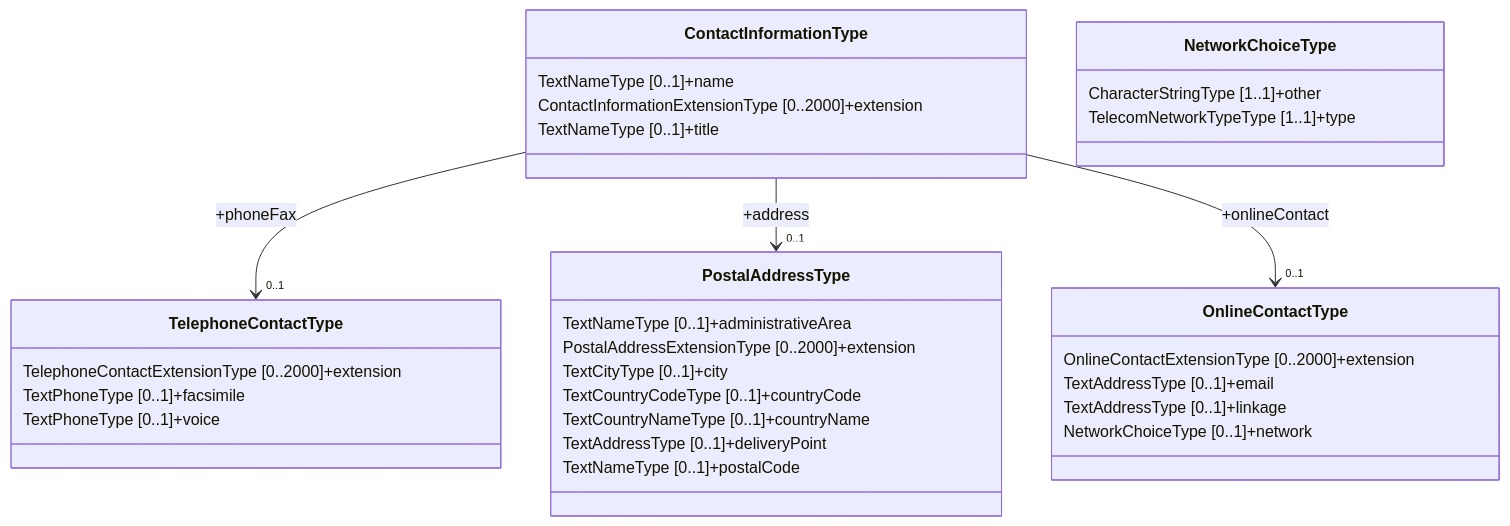
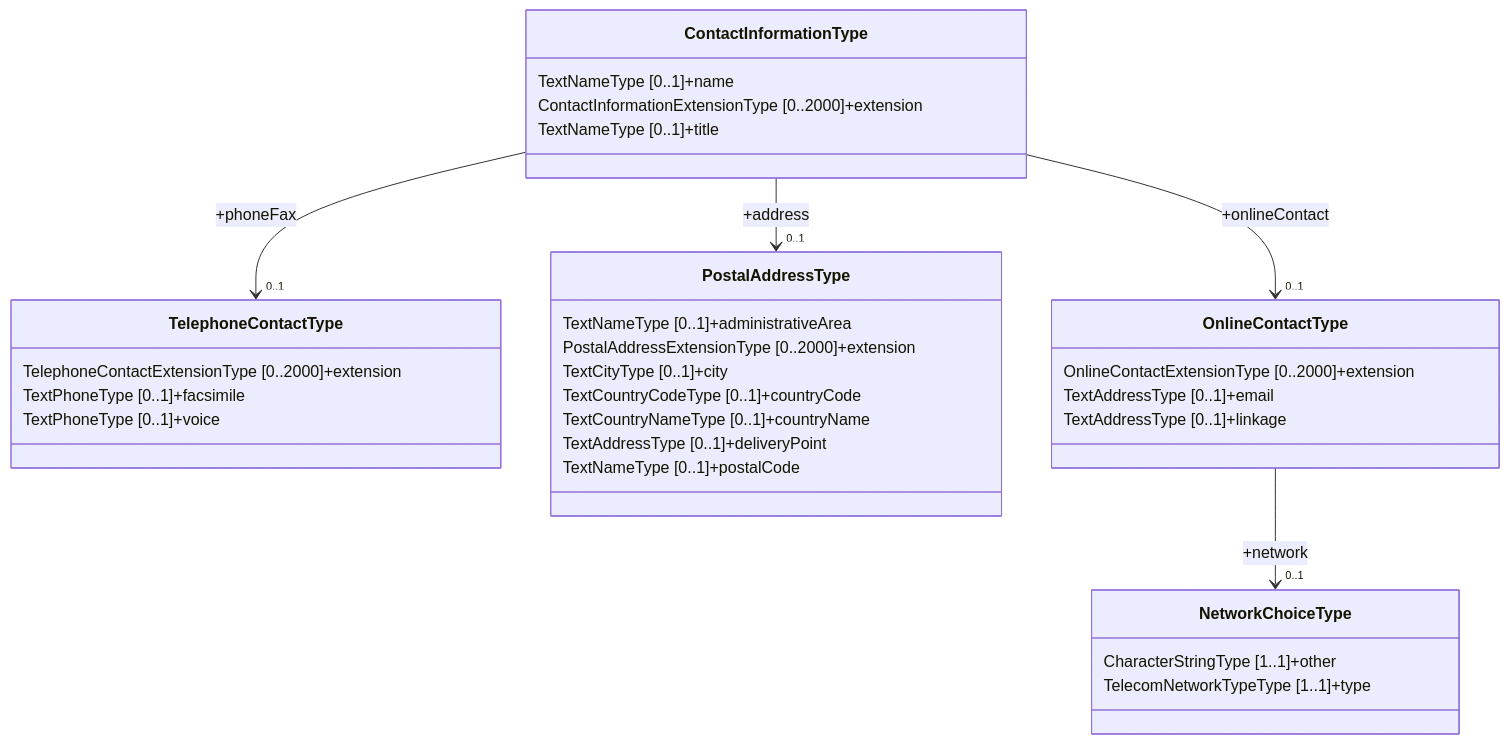
The second of 2 diagrams in docs/fixm/FIXM_UML_in_mermaid.md (du-lapin/test_docsify), drawn with Mermaid before and after one commit. The commit also changed other lines of this file, not shown here.

````diff
--- a/docs/fixm/FIXM_UML_in_mermaid.md
+++ b/docs/fixm/FIXM_UML_in_mermaid.md
@@ -16,33 +16,34 @@
 ```mermaid
 classDiagram
 class ContactInformationType
 ContactInformationType : TextNameType [0..1]+name
 ContactInformationType : ContactInformationExtensionType [0..2000]+extension
 %% ContactInformationType : PostalAddressType [0..1]+address
 %% ContactInformationType : OnlineContactType [0..2000]+onlineContact
 %% ContactInformationType : TelephoneContactType [0..1]+phoneFax
 ContactInformationType : TextNameType [0..1]+title
 class TelephoneContactType
 TelephoneContactType : TelephoneContactExtensionType [0..2000]+extension
 TelephoneContactType : TextPhoneType [0..1]+facsimile
 TelephoneContactType : TextPhoneType [0..1]+voice
 class PostalAddressType
 PostalAddressType : TextNameType [0..1]+administrativeArea
 PostalAddressType : PostalAddressExtensionType [0..2000]+extension
 PostalAddressType : TextCityType [0..1]+city
 PostalAddressType : TextCountryCodeType [0..1]+countryCode
 PostalAddressType : TextCountryNameType [0..1]+countryName
 PostalAddressType : TextAddressType [0..1]+deliveryPoint
 PostalAddressType : TextNameType [0..1]+postalCode
 class OnlineContactType
 OnlineContactType : OnlineContactExtensionType [0..2000]+extension
 OnlineContactType : TextAddressType [0..1]+email
 OnlineContactType : TextAddressType [0..1]+linkage
-OnlineContactType : NetworkChoiceType [0..1]+network
+%% OnlineContactType : NetworkChoiceType [0..1]+network
 class NetworkChoiceType
 NetworkChoiceType : CharacterStringType [1..1]+other
 NetworkChoiceType : TelecomNetworkTypeType [1..1]+type
 ContactInformationType --> "0..1" TelephoneContactType : +phoneFax
 ContactInformationType --> "0..1" PostalAddressType : +address
 ContactInformationType --> "0..1" OnlineContactType : +onlineContact
+OnlineContactType --> "0..1" NetworkChoiceType : +network
 ```
````
